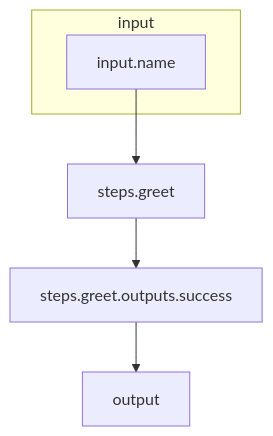
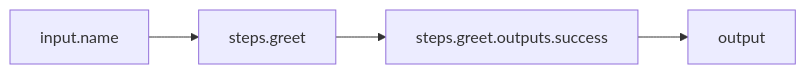
Before and after one commit to arcalot/arcalot.github.io: the diagram in docs/arcaflow/getting-started.md, drawn with Mermaid. The commit also changed other lines of this file, not shown here.

````diff
--- a/docs/arcaflow/getting-started.md
+++ b/docs/arcaflow/getting-started.md
@@ -224,9 +187,7 @@
         ```mermaid
-        flowchart TD
-        subgraph input
+        flowchart LR
         input.name
-        end
         input.name-->steps.greet
         steps.greet-->steps.greet.outputs.success
         steps.greet.outputs.success-->output
         ```
````
